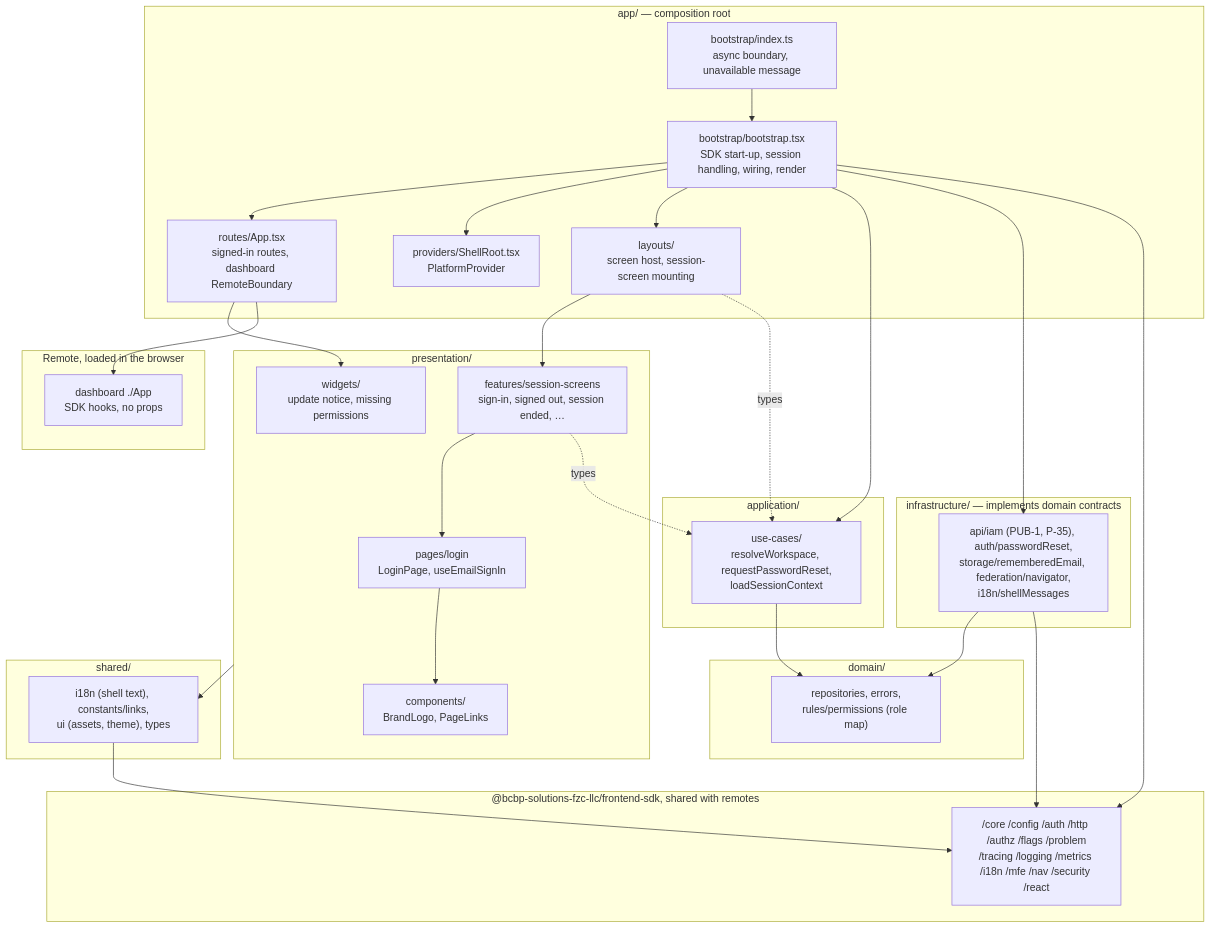
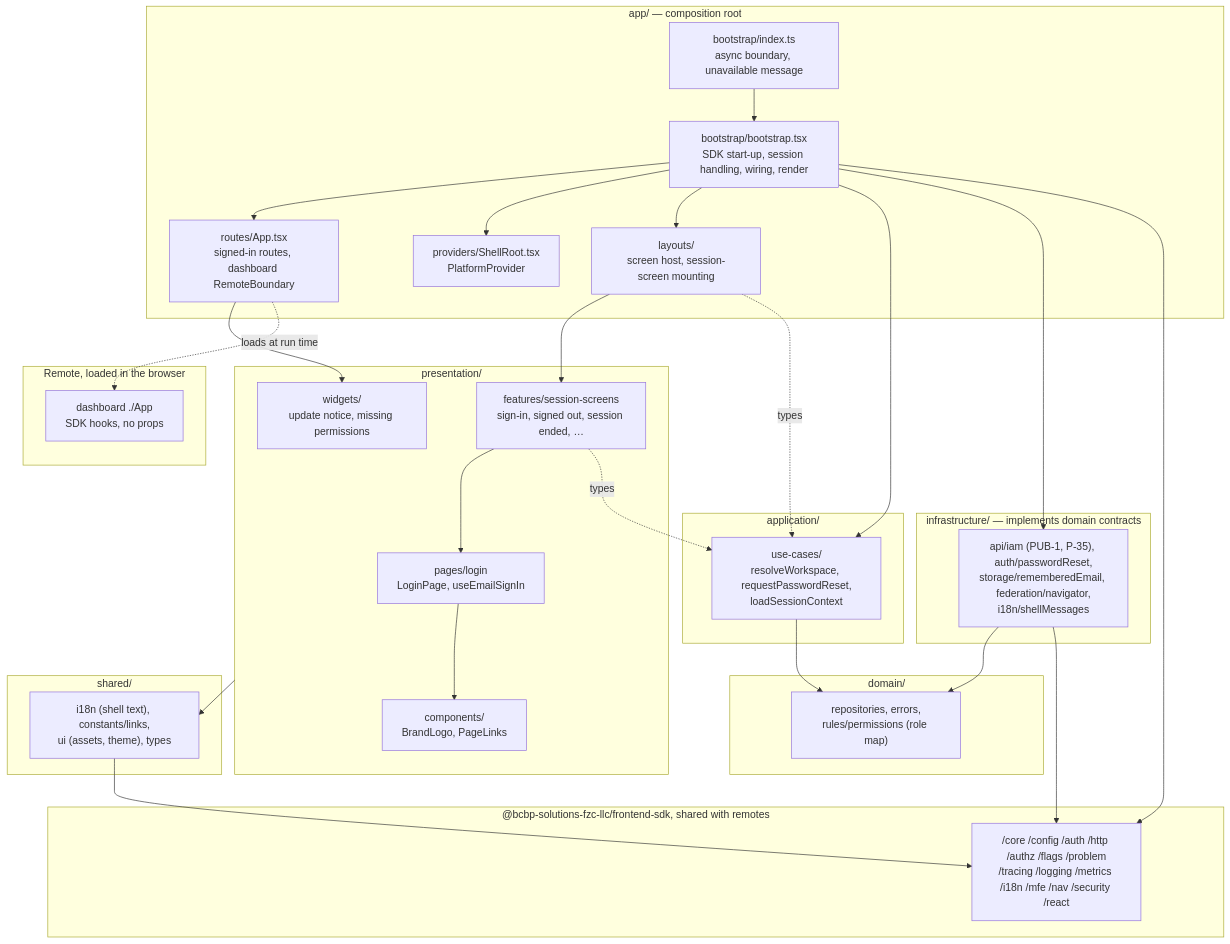
Before and after one commit to BCBP-SOLUTIONS-FZC-LLC/web-shell: the diagram in docs/architecture/mermaid/layer-model.mmd, drawn with Mermaid. The commit also changed 21 other files, not shown here.

```diff
--- a/docs/architecture/mermaid/layer-model.mmd
+++ b/docs/architecture/mermaid/layer-model.mmd
@@ -1,59 +1,59 @@
 graph TD
     subgraph app["app/ — composition root"]
         index["bootstrap/index.ts\nasync boundary, unavailable message"]
         boot["bootstrap/bootstrap.tsx\nSDK start-up, session handling, wiring, render"]
         routes["routes/App.tsx\nsigned-in routes, dashboard RemoteBoundary"]
         providers["providers/ShellRoot.tsx\nPlatformProvider"]
         layouts["layouts/\nscreen host, session-screen mounting"]
     end
 
     subgraph presentation["presentation/"]
         pages["pages/login\nLoginPage, useEmailSignIn"]
         features["features/session-screens\nsign-in, signed out, session ended, …"]
         widgets["widgets/\nupdate notice, missing permissions"]
         components["components/\nBrandLogo, PageLinks"]
     end
 
     subgraph application["application/"]
         usecases["use-cases/\nresolveWorkspace, requestPasswordReset,\nloadSessionContext"]
     end
 
     subgraph domain["domain/"]
         dom["repositories, errors,\nrules/permissions (role map)"]
     end
 
     subgraph infrastructure["infrastructure/ — implements domain contracts"]
         infra["api/iam (PUB-1, P-35), auth/passwordReset,\nstorage/rememberedEmail, federation/navigator,\ni18n/shellMessages"]
     end
 
     subgraph shared["shared/"]
         sh["i18n (shell text), constants/links,\nui (assets, theme), types"]
     end
 
     subgraph sdk["@bcbp-solutions-fzc-llc/frontend-sdk, shared with remotes"]
         sdkmods["/core /config /auth /http /authz /flags /problem\n/tracing /logging /metrics /i18n /mfe /nav /security /react"]
     end
 
     subgraph remote["Remote, loaded in the browser"]
         dashboard["dashboard ./App\nSDK hooks, no props"]
     end
 
     index --> boot
     boot --> routes
     boot --> providers
     boot --> layouts
     boot --> usecases
     boot --> infra
     boot --> sdkmods
     routes --> widgets
-    routes --> dashboard
+    routes -. loads at run time .-> dashboard
     layouts --> features
     features --> pages
     pages --> components
     features -. types .-> usecases
     layouts -. types .-> usecases
     usecases --> dom
     infra --> dom
     infra --> sdkmods
     presentation --> sh
     sh --> sdkmods
```
